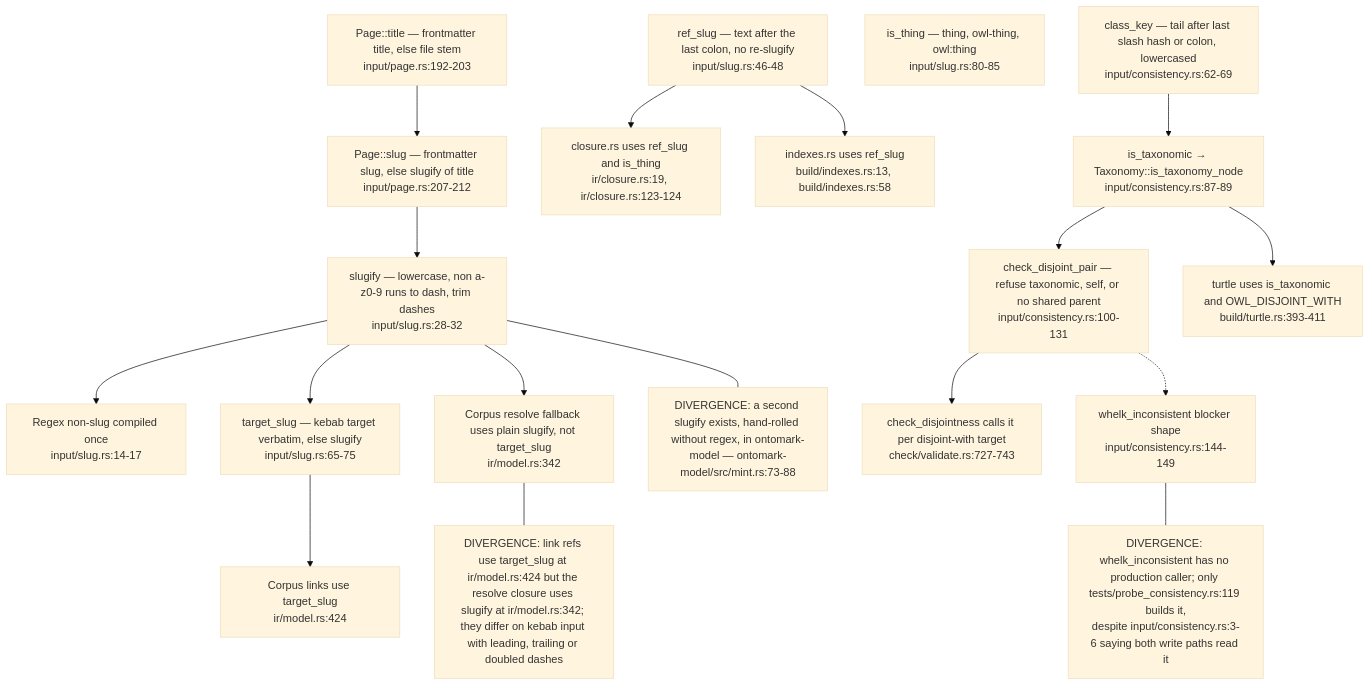
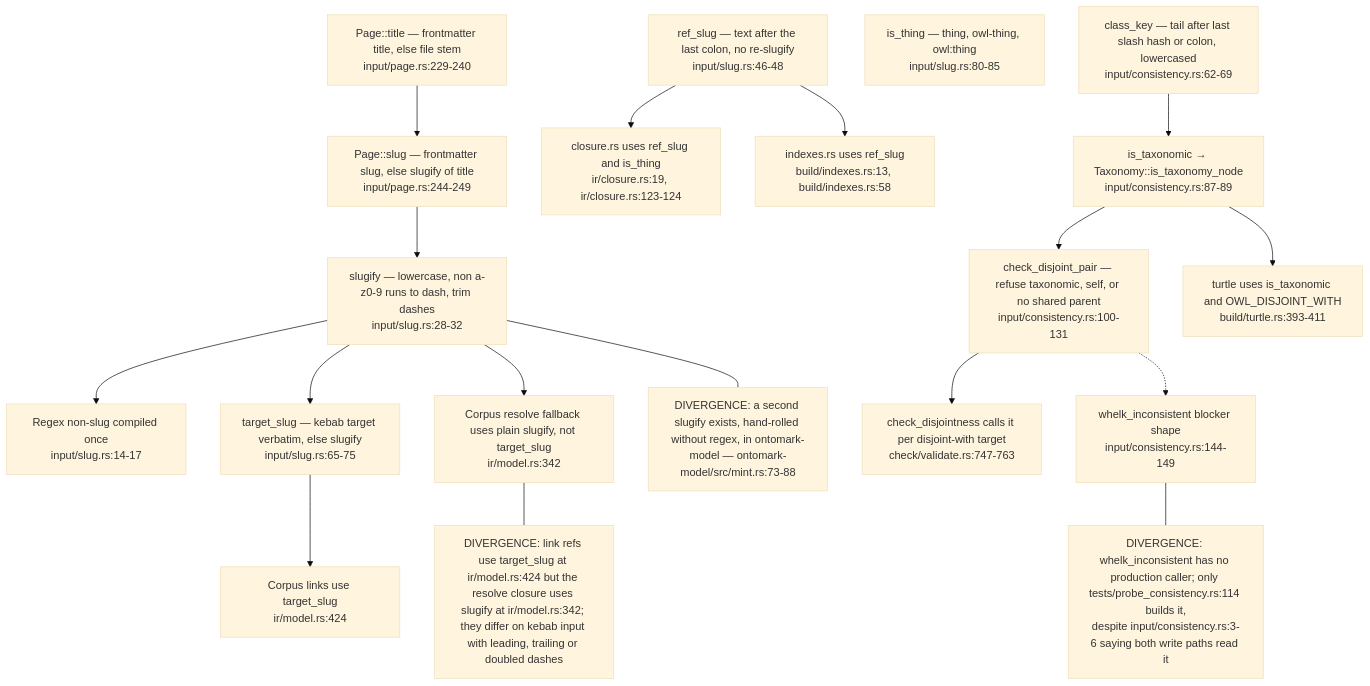
One commit to DreamLab-AI/VisionFlow changed the fifth of 6 diagrams in docs/diagrams/ontomark/01-input-layer-vault-pages-and-gates.md. Above: the diagram before and after it, drawn with Mermaid (base theme). The commit also changed other lines of this file and 160 other files, not shown here.

````diff
--- a/docs/diagrams/ontomark/01-input-layer-vault-pages-and-gates.md
+++ b/docs/diagrams/ontomark/01-input-layer-vault-pages-and-gates.md
@@ -195,35 +203,35 @@
 ```mermaid
 flowchart TD
-    TITLE["Page::title — frontmatter title, else file stem<br/>input/page.rs:192-203"]
-    SLUGP["Page::slug — frontmatter slug, else slugify of title<br/>input/page.rs:207-212"]
+    TITLE["Page::title — frontmatter title, else file stem<br/>input/page.rs:229-240"]
+    SLUGP["Page::slug — frontmatter slug, else slugify of title<br/>input/page.rs:244-249"]
     SLUGIFY["slugify — lowercase, non a-z0-9 runs to dash, trim dashes<br/>input/slug.rs:28-32"]
     RE["Regex non-slug compiled once<br/>input/slug.rs:14-17"]
     REFSLUG["ref_slug — text after the last colon, no re-slugify<br/>input/slug.rs:46-48"]
     TARGET["target_slug — kebab target verbatim, else slugify<br/>input/slug.rs:65-75"]
     THING["is_thing — thing, owl-thing, owl:thing<br/>input/slug.rs:80-85"]
     U1["closure.rs uses ref_slug and is_thing<br/>ir/closure.rs:19, ir/closure.rs:123-124"]
     U2["indexes.rs uses ref_slug<br/>build/indexes.rs:13, build/indexes.rs:58"]
     U3["Corpus links use target_slug<br/>ir/model.rs:424"]
     U4["Corpus resolve fallback uses plain slugify, not target_slug<br/>ir/model.rs:342"]
     CKEY["class_key — tail after last slash hash or colon, lowercased<br/>input/consistency.rs:62-69"]
     TAX["is_taxonomic → Taxonomy::is_taxonomy_node<br/>input/consistency.rs:87-89"]
     CDP["check_disjoint_pair — refuse taxonomic, self, or no shared parent<br/>input/consistency.rs:100-131"]
-    CALL["check_disjointness calls it per disjoint-with target<br/>check/validate.rs:727-743"]
+    CALL["check_disjointness calls it per disjoint-with target<br/>check/validate.rs:747-763"]
     TTL["turtle uses is_taxonomic and OWL_DISJOINT_WITH<br/>build/turtle.rs:393-411"]
     WHELK["whelk_inconsistent blocker shape<br/>input/consistency.rs:144-149"]
     TITLE --> SLUGP --> SLUGIFY --> RE
     SLUGIFY --> TARGET
     REFSLUG --> U1
     REFSLUG --> U2
     TARGET --> U3
     SLUGIFY --> U4
     CKEY --> TAX --> CDP --> CALL
     TAX --> TTL
     CDP -.-> WHELK
     note1["DIVERGENCE: a second slugify exists, hand-rolled without regex, in ontomark-model — ontomark-model/src/mint.rs:73-88"]
-    note2["DIVERGENCE: whelk_inconsistent has no production caller; only tests/probe_consistency.rs:119 builds it,<br/>despite input/consistency.rs:3-6 saying both write paths read it"]
+    note2["DIVERGENCE: whelk_inconsistent has no production caller; only tests/probe_consistency.rs:114 builds it,<br/>despite input/consistency.rs:3-6 saying both write paths read it"]
     note3["DIVERGENCE: link refs use target_slug at ir/model.rs:424 but the resolve closure uses slugify at ir/model.rs:342; they differ on kebab input with leading, trailing or doubled dashes"]
     SLUGIFY --- note1
     WHELK --- note2
     U4 --- note3
 ```
````
